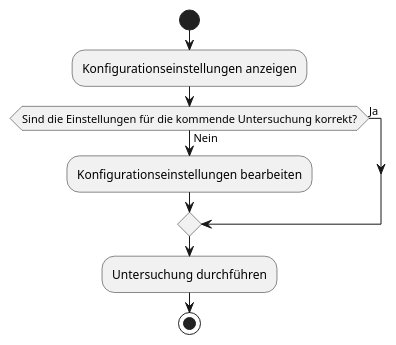
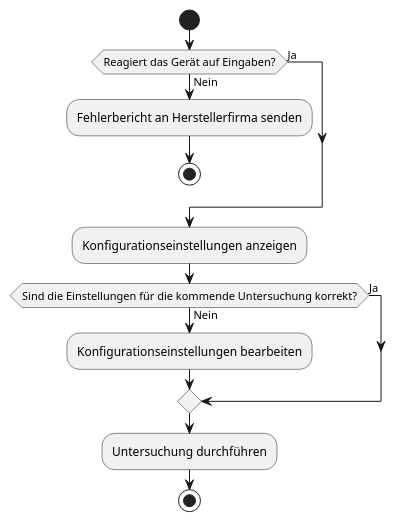
Before and after one commit to helenlaible/ss23-kba-project: the second of 11 diagrams in docs/2_planning/3_activity_diagrams.md, drawn with PlantUML.

Commit message:
Update 3_activity_diagrams.md
Improvements to "Konfigurationseinstellungen bearbeiten"

````diff
--- a/docs/2_planning/3_activity_diagrams.md
+++ b/docs/2_planning/3_activity_diagrams.md
@@ -32,14 +32,19 @@
 ```plantuml Konfigurationseinstellungen bearbeiten
 @startuml
 start
 
+if (Reagiert das Gerät auf Eingaben?) then (Ja)
+else (Nein)
+  :Fehlerbericht an Herstellerfirma senden;
+  stop
+endif
 :Konfigurationseinstellungen anzeigen;
 if (Sind die Einstellungen für die kommende Untersuchung korrekt?) then (Ja)
 else (Nein)
-:Konfigurationseinstellungen bearbeiten;
+  :Konfigurationseinstellungen bearbeiten;
 endif
 :Untersuchung durchführen;
 
 stop
 @enduml
 ```
````
